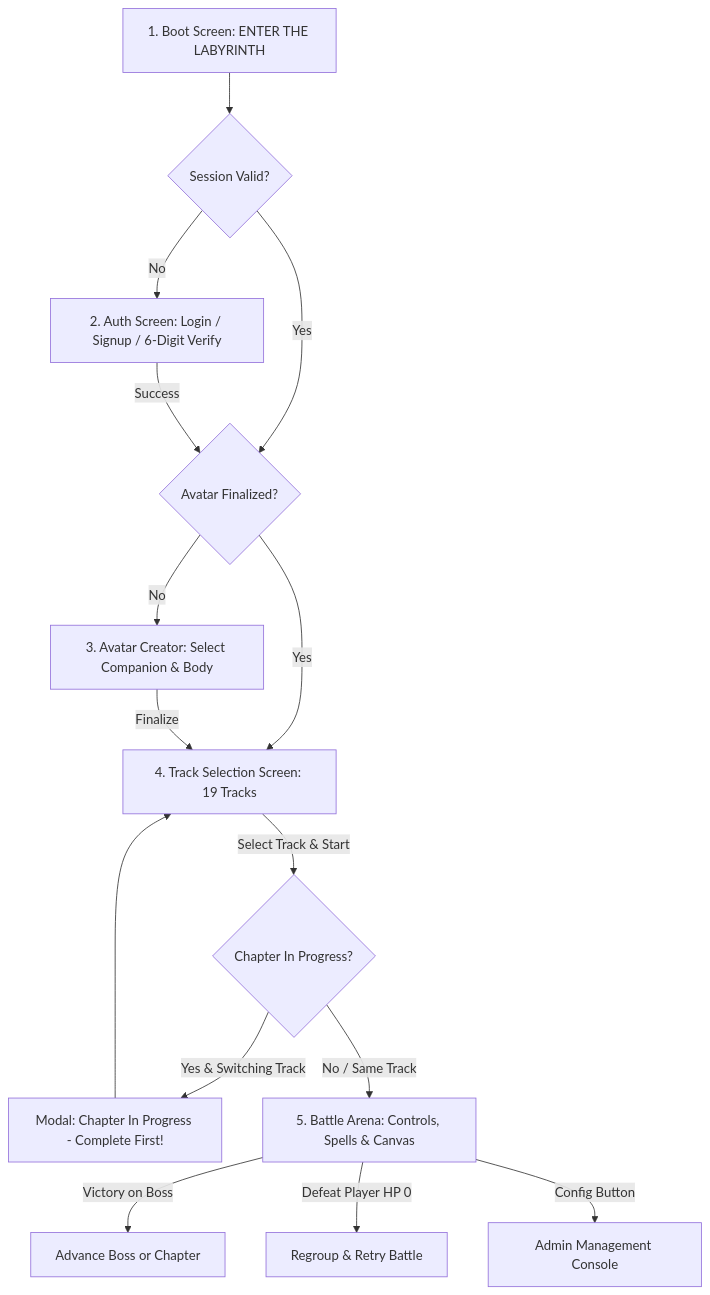
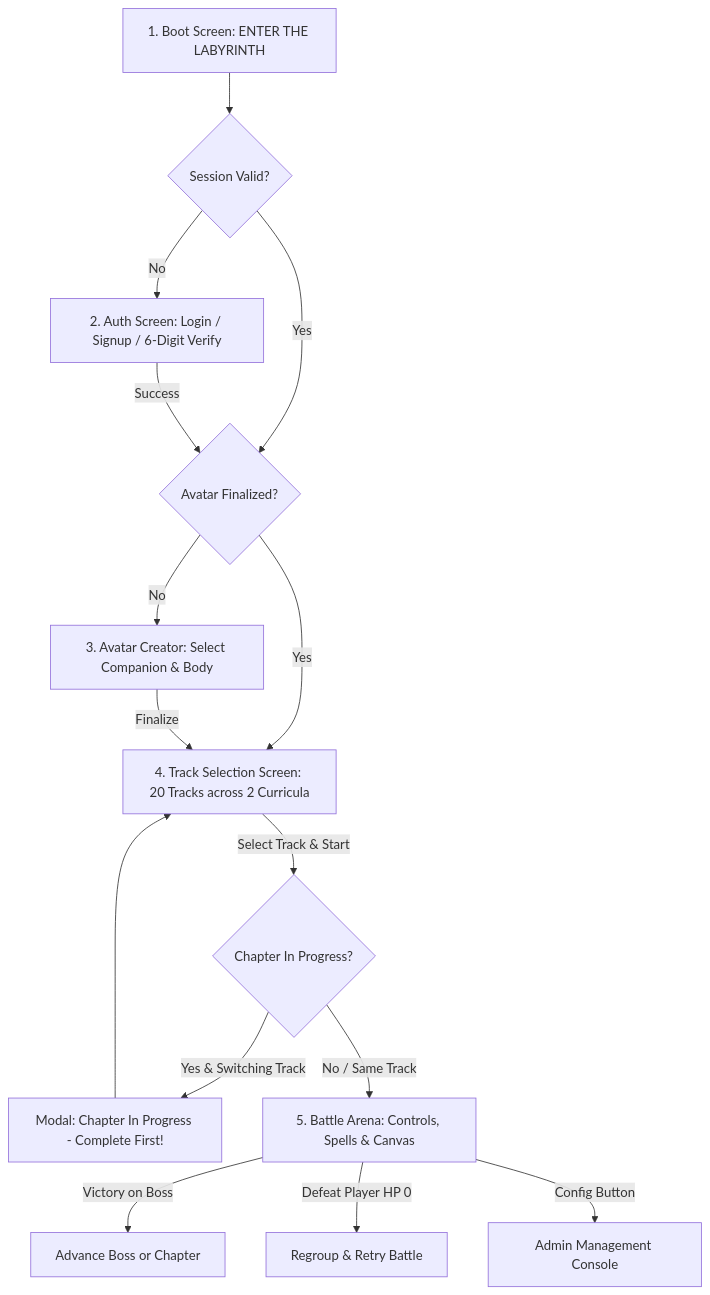
One commit to DKxi/OrganicBattlesProductionUpgrade changed the third of 3 diagrams in cookbook.md. Above: the diagram before and after it, drawn with Mermaid. The commit also changed other lines of this file and 3 other files, not shown here.

````diff
--- a/cookbook.md
+++ b/cookbook.md
@@ -432,17 +485,17 @@
 ```mermaid
 graph TD
     Boot[1. Boot Screen: ENTER THE LABYRINTH] --> AuthCheck{Session Valid?}
     AuthCheck -->|No| Auth[2. Auth Screen: Login / Signup / 6-Digit Verify]
     AuthCheck -->|Yes| AvatarCheck{Avatar Finalized?}
     Auth -->|Success| AvatarCheck
     AvatarCheck -->|No| Avatar[3. Avatar Creator: Select Companion & Body]
-    AvatarCheck -->|Yes| TrackScreen[4. Track Selection Screen: 19 Tracks]
+    AvatarCheck -->|Yes| TrackScreen[4. Track Selection Screen: 20 Tracks across 2 Curricula]
     Avatar -->|Finalize| TrackScreen
     TrackScreen -->|Select Track & Start| MidChapterGate{Chapter In Progress?}
     MidChapterGate -->|Yes & Switching Track| BlockedModal[Modal: Chapter In Progress - Complete First!]
     BlockedModal --> TrackScreen
     MidChapterGate -->|No / Same Track| Arena[5. Battle Arena: Controls, Spells & Canvas]
     Arena -->|Victory on Boss| BossAdvance[Advance Boss or Chapter]
     Arena -->|Defeat Player HP 0| RetryModal[Regroup & Retry Battle]
     Arena -->|Config Button| AdminPortal[Admin Management Console]
 ```
````
